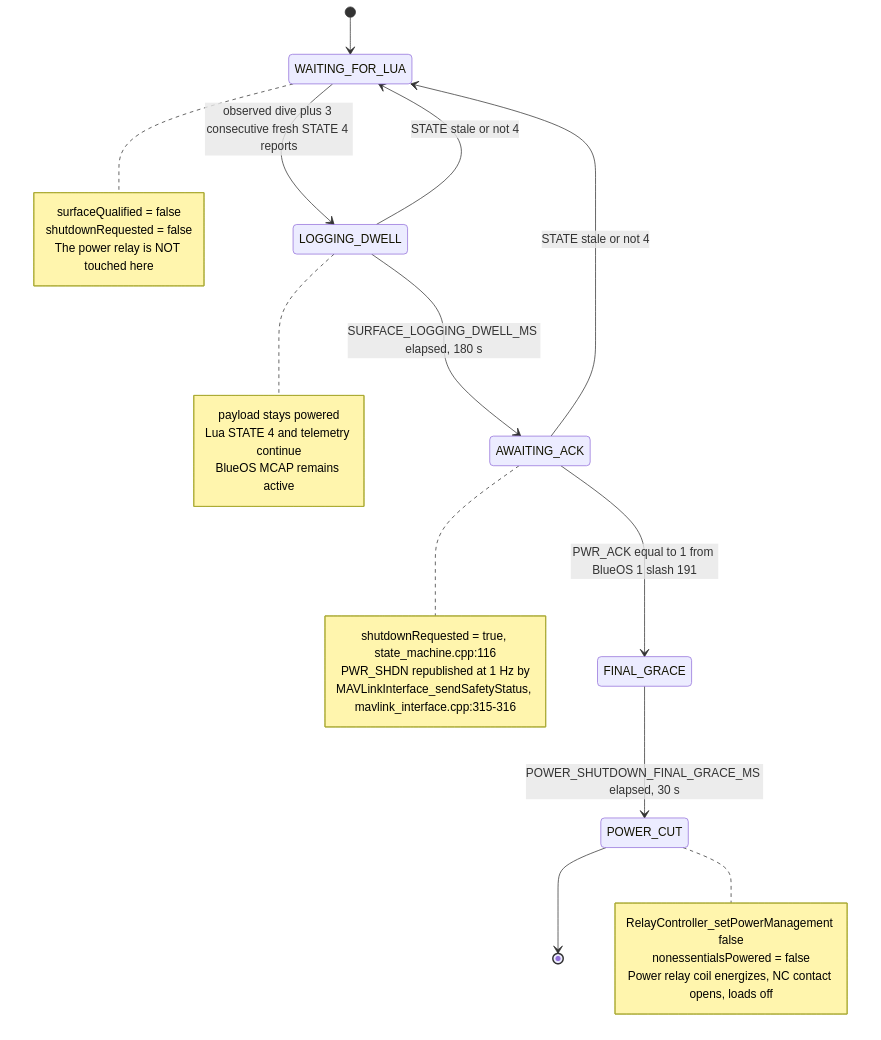
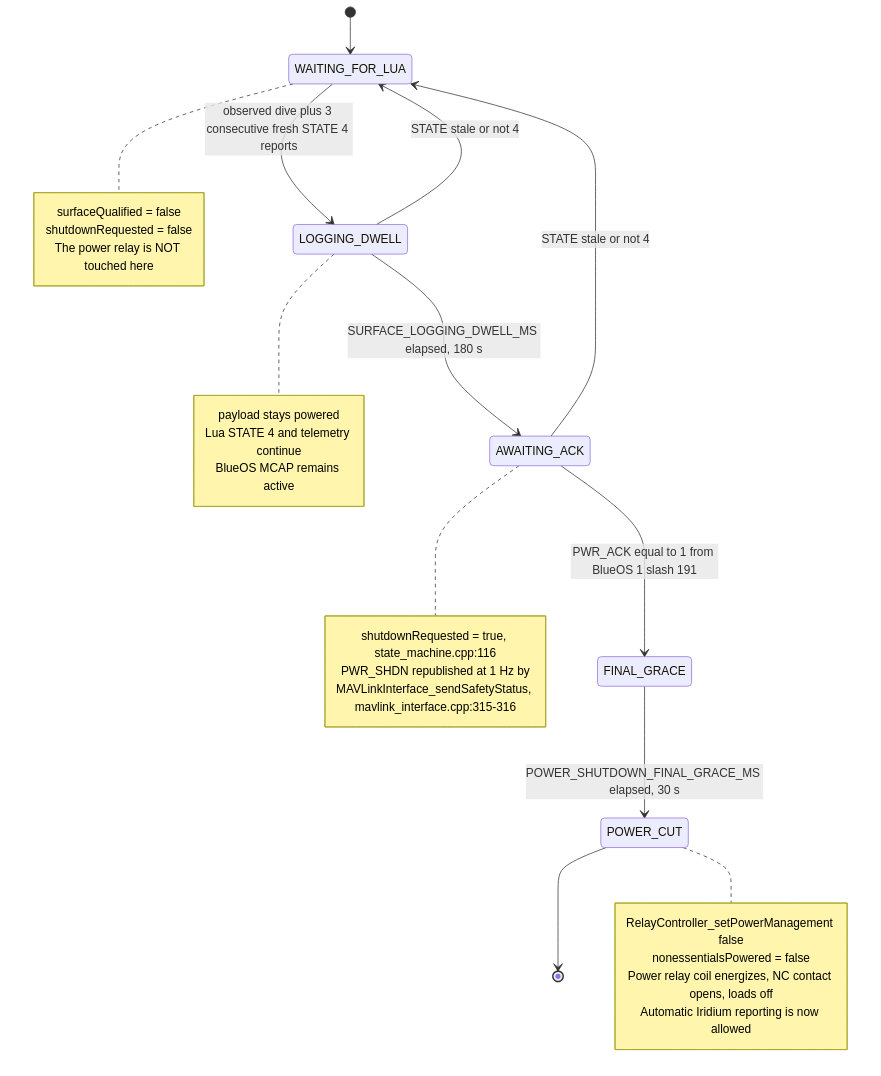
Before and after one commit to brianhBR/Doris-AGT-Firmware: the fourth of 6 diagrams in docs/STATE_MACHINE_DIAGRAM.md, drawn with Mermaid. The commit also changed other lines of this file and 16 other files, not shown here.

````diff
--- a/docs/STATE_MACHINE_DIAGRAM.md
+++ b/docs/STATE_MACHINE_DIAGRAM.md
@@ -182,38 +182,39 @@
 ```mermaid
 stateDiagram-v2
     direction TB
 
     [*] --> WAITING_FOR_LUA
 
     WAITING_FOR_LUA --> LOGGING_DWELL : observed dive plus 3 consecutive fresh STATE 4 reports
     LOGGING_DWELL --> WAITING_FOR_LUA : STATE stale or not 4
     LOGGING_DWELL --> AWAITING_ACK : SURFACE_LOGGING_DWELL_MS elapsed, 180 s
     AWAITING_ACK --> WAITING_FOR_LUA : STATE stale or not 4
     AWAITING_ACK --> FINAL_GRACE : PWR_ACK equal to 1 from BlueOS 1 slash 191
     FINAL_GRACE --> POWER_CUT : POWER_SHUTDOWN_FINAL_GRACE_MS elapsed, 30 s
     POWER_CUT --> [*]
 
     note right of WAITING_FOR_LUA
         surfaceQualified = false
         shutdownRequested = false
         The power relay is NOT touched here
     end note
 
     note right of LOGGING_DWELL
         payload stays powered
         Lua STATE 4 and telemetry continue
         BlueOS MCAP remains active
     end note
 
     note right of AWAITING_ACK
         shutdownRequested = true, state_machine.cpp:116
         PWR_SHDN republished at 1 Hz by
         MAVLinkInterface_sendSafetyStatus, mavlink_interface.cpp:315-316
     end note
 
     note right of POWER_CUT
         RelayController_setPowerManagement false
         nonessentialsPowered = false
         Power relay coil energizes, NC contact opens, loads off
+        Automatic Iridium reporting is now allowed
     end note
 ```
````
